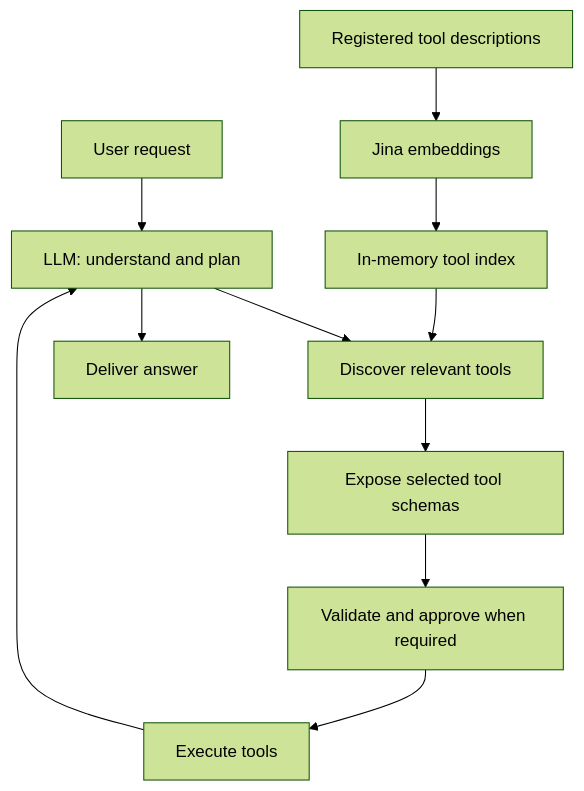
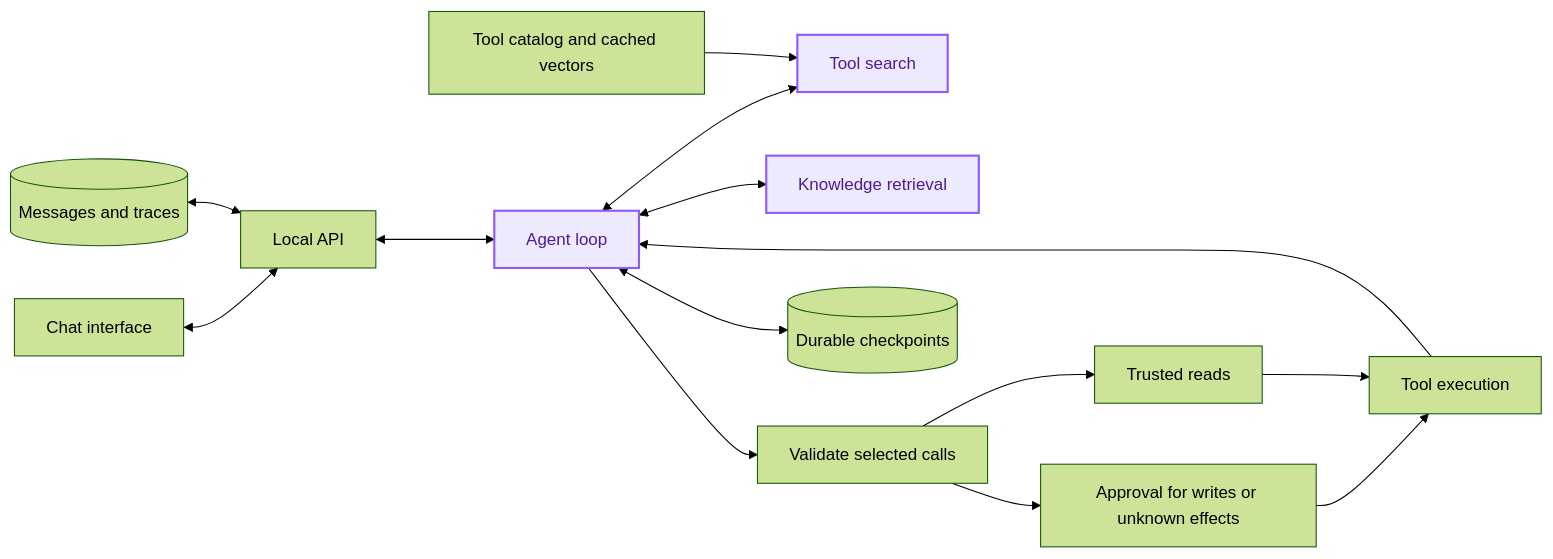
One commit to shabeeth2/OmniAgent changed the second of 2 diagrams in README.md. Above: the diagram before and after it, drawn with Mermaid (forest theme). The commit also changed other lines of this file and 16 other files, not shown here.

Commit message:
feat: add local LLM setup and simplify documentation

````diff
--- a/README.md
+++ b/README.md
@@ -9,13 +36,19 @@
 ```mermaid
-flowchart TD
-    U[User request] --> A[LLM: understand and plan]
-    R[Registered tool descriptions] --> E[Jina embeddings]
-    E --> M[In-memory tool index]
-    A --> D[Discover relevant tools]
-    M --> D
-    D --> S[Expose selected tool schemas]
-    S --> V[Validate and approve when required]
-    V --> X[Execute tools]
+flowchart LR
+    UI[Chat interface] <--> API[Local API]
+    API <--> A[Agent loop]
+    DB[(Messages and traces)] <--> API
+    A <--> D[Tool search]
+    C[Tool catalog and cached vectors] --> D
+    A <--> K[Knowledge retrieval]
+    A --> V[Validate selected calls]
+    V --> P[Approval for writes or unknown effects]
+    V --> R[Trusted reads]
+    P --> X[Tool execution]
+    R --> X
     X --> A
-    A --> O[Deliver answer]
+    A <--> CP[(Durable checkpoints)]
+
+    classDef intelligent fill:#ede9fe,stroke:#8b5cf6,color:#4c1d95,stroke-width:2px
+    class A,D,K intelligent
 ```
````
